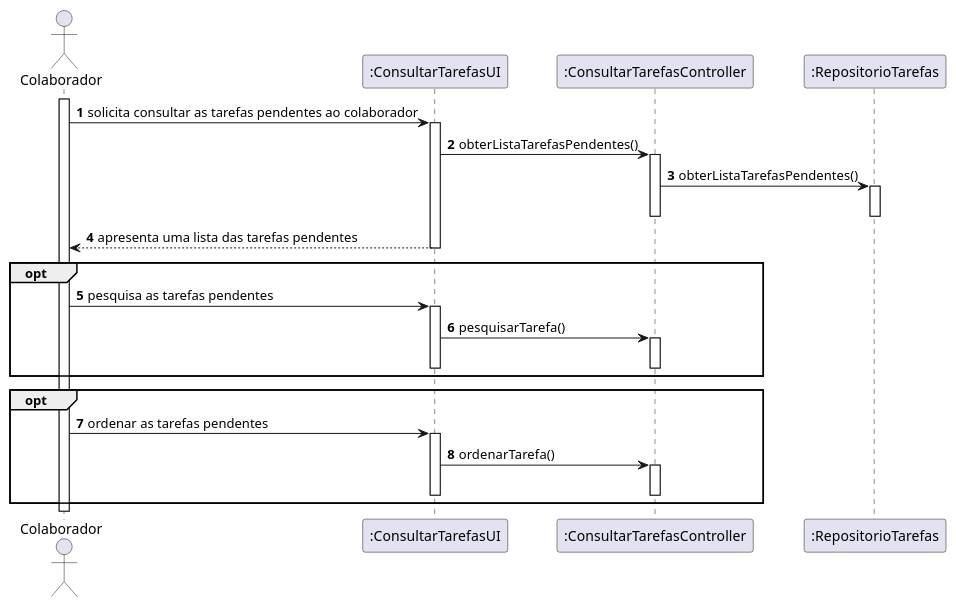
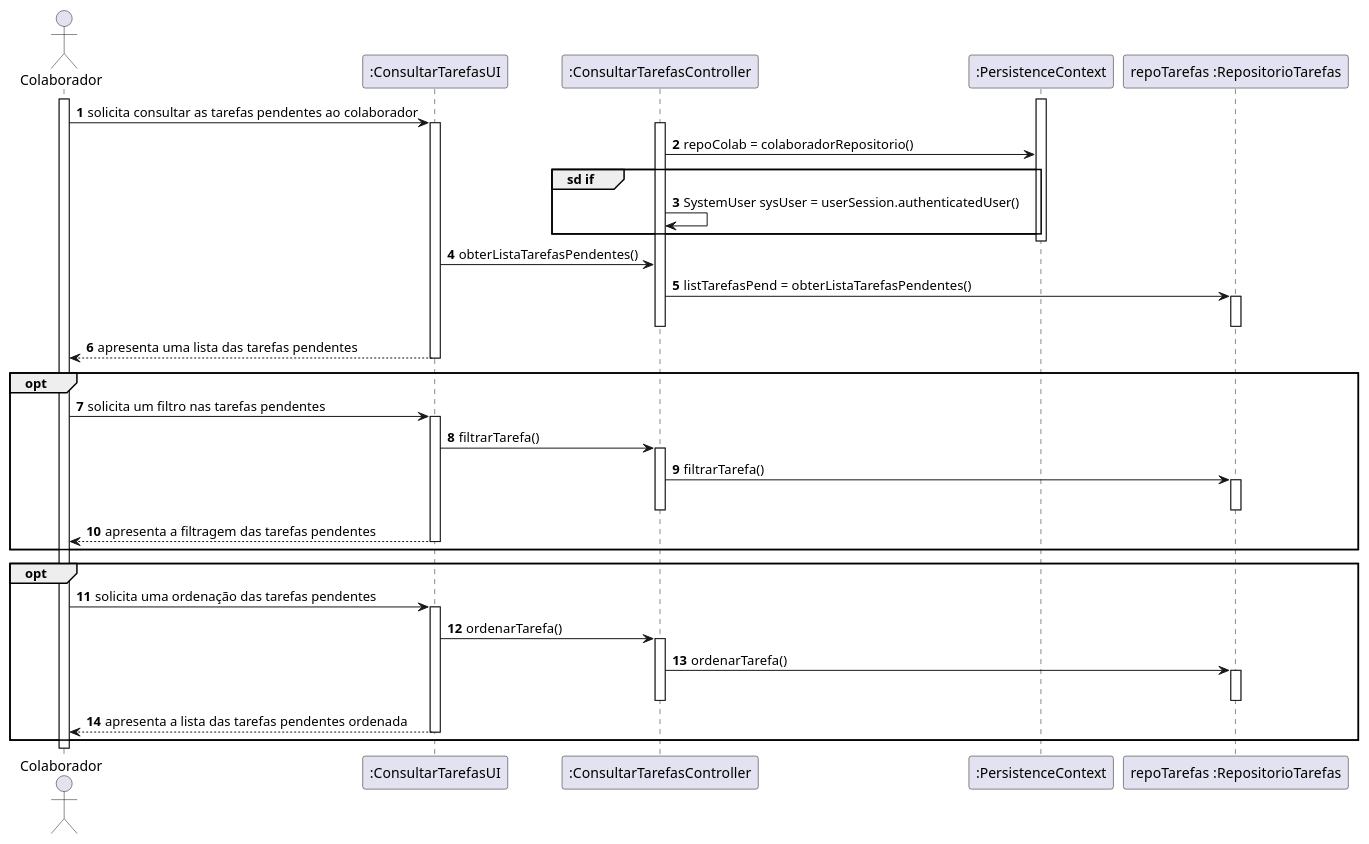
One commit to LuisNeves05/LAPR4 changed the diagram in docs/1200625/US3021/SD_3021.puml. Above: the diagram before and after it, drawn with PlantUML. The commit also changed 1 other file, not shown here.

```diff
--- a/docs/1200625/US3021/SD_3021.puml
+++ b/docs/1200625/US3021/SD_3021.puml
@@ -1,64 +1,96 @@
 @startuml
 
 autonumber
 actor "Colaborador" as colab
 
 participant ":ConsultarTarefasUI" as ui
 participant ":ConsultarTarefasController" as ctrl
-participant ":RepositorioTarefas" as repo
+participant ":PersistenceContext" as persistence
+participant "repoTarefas :RepositorioTarefas" as repo
+
 
 activate colab
 
 colab -> ui : solicita consultar as tarefas pendentes ao colaborador
 
 activate ui
 
+activate ctrl
+
+ctrl -> persistence : repoColab = colaboradorRepositorio()
+
+group sd if
+
+ctrl -> ctrl : SystemUser sysUser = userSession.authenticatedUser()
+
+end
+
+activate persistence
+
+deactivate persistence
+
 ui -> ctrl : obterListaTarefasPendentes()
 
-activate ctrl
-
-ctrl -> repo : obterListaTarefasPendentes()
+ctrl -> repo : listTarefasPend = obterListaTarefasPendentes()
 
 activate repo
 
 deactivate ctrl
 
 deactivate repo
 
 ui --> colab : apresenta uma lista das tarefas pendentes
 
 deactivate ui
 
 opt
 
-colab -> ui : pesquisa as tarefas pendentes
+colab -> ui : solicita um filtro nas tarefas pendentes
 
 activate ui
 
-ui -> ctrl : pesquisarTarefa()
+ui -> ctrl : filtrarTarefa()
 
 activate ctrl
 
+ctrl -> repo : filtrarTarefa()
+
+activate repo
+
+deactivate repo
+
+deactivate ctrl
+
+ui --> colab : apresenta a filtragem das tarefas pendentes
+
 deactivate ui
 
-deactivate ctrl
+deactivate ui
 
 end
 
 opt
 
-colab -> ui : ordenar as tarefas pendentes
+colab -> ui : solicita uma ordenação das tarefas pendentes
 
 activate ui
 
 ui -> ctrl : ordenarTarefa()
 
 activate ctrl
 
-deactivate ui
+ctrl -> repo : ordenarTarefa()
+
+activate repo
+
+deactivate repo
 
 deactivate ctrl
+
+ui --> colab : apresenta a lista das tarefas pendentes ordenada
+
+deactivate ui
 
 end
 
 @enduml
```
